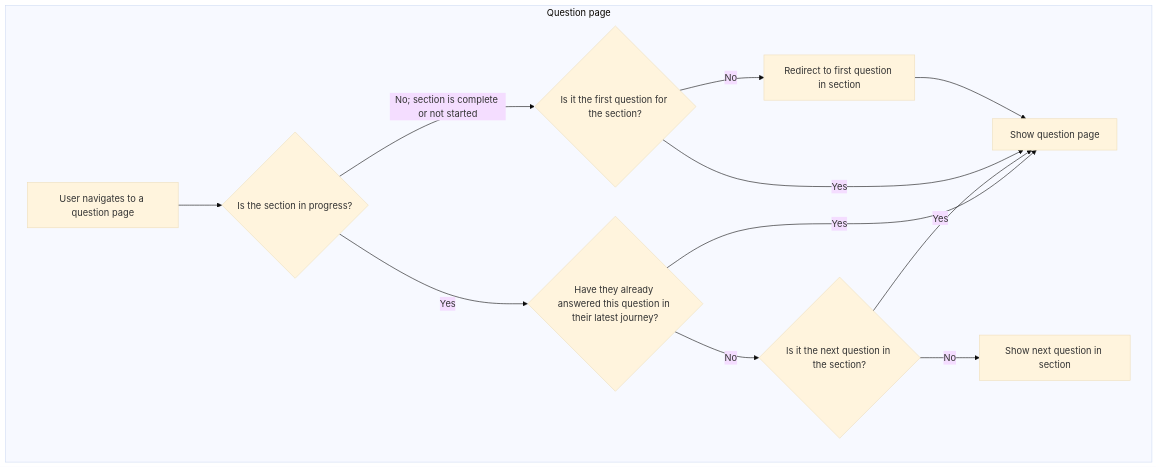
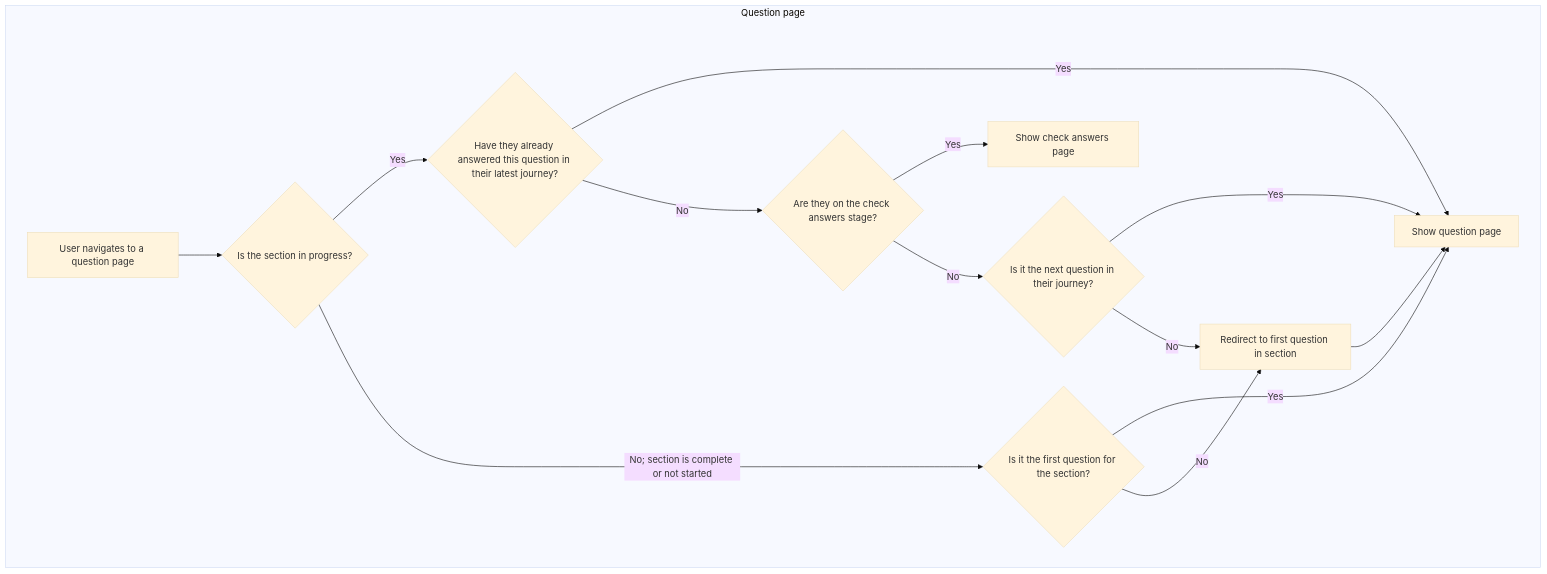
One commit to DFE-Digital/sts-plan-technology-for-your-school changed the fourth of 4 diagrams in docs/Routers.md. Above: the diagram before and after it, drawn with Mermaid (base theme). The commit also changed other lines of this file, not shown here.

Commit message:
docs: fix question graph, improve formatting

````diff
--- a/docs/Routers.md
+++ b/docs/Routers.md
@@ -79,15 +79,17 @@
 ```mermaid
 graph TD
     subgraph Question page
-    A[User navigates to a question page] --> B{Is the section in progress?}
-    B -- Yes --> C{Have they already answered this question in their latest journey?}
-    C -- Yes --> D[Show question page]
-    C -- No --> E{Is it the next question in the section?}
-    E -- Yes --> D
-    E -- No --> F[Show next question in section]
-    B -- No; section is complete or not started --> G{Is it the first question for the section?}
-    G -- Yes --> D
-    G -- No --> H[Redirect to first question in section]
-    H --> D
+        A[User navigates to a question page] --> B{Is the section in progress?}
+        B -- Yes --> C{Have they already answered this question in their latest journey?}
+        C -- Yes --> D[Show question page]
+        C -- No --> E{Are they on the check answers stage?}
+        E -- Yes --> I[Show check answers page]
+        E -- No --> J{Is it the next question in their journey?}
+        J -- Yes --> D
+        J -- No --> H
+        B -- No; section is complete or not started --> G{Is it the first question for the section?}
+        G -- Yes --> D
+        G -- No --> H[Redirect to first question in section]
+        H --> D
     end
 ```
````
